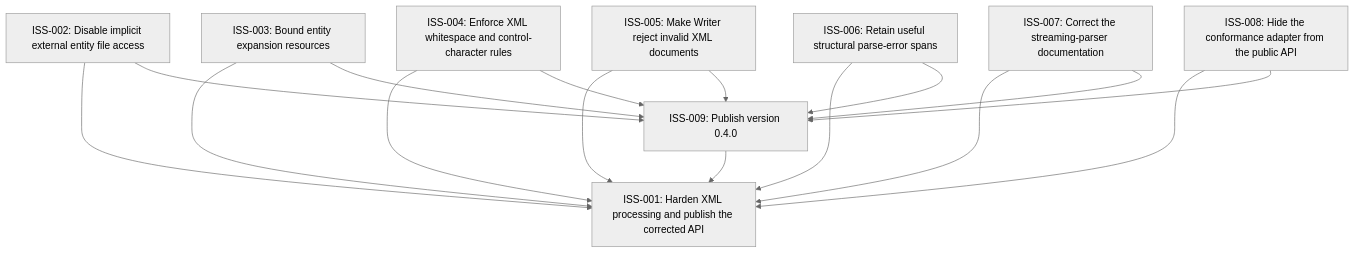
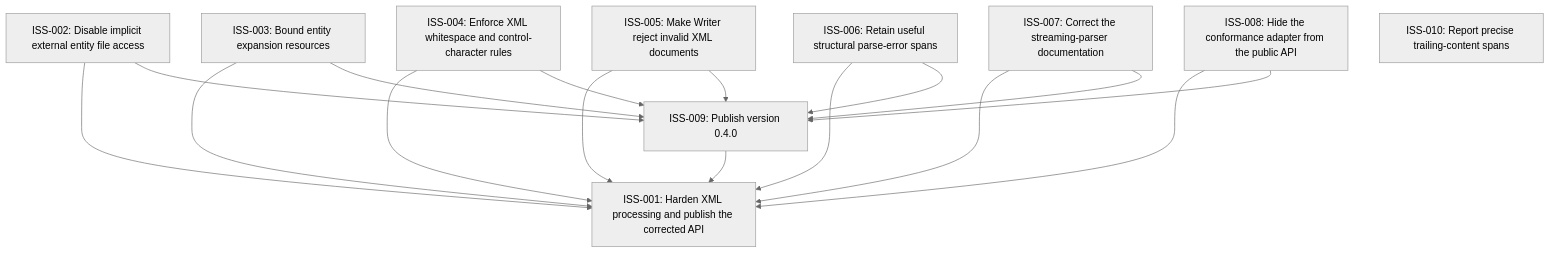
One commit to moonbit-community/xml-mbt changed the diagram in issues/README.md. Above: the diagram before and after it, drawn with Mermaid (neutral theme). The commit also changed 3 other files, not shown here.

Commit message:
fix: report precise trailing content spans

````diff
--- a/issues/README.md
+++ b/issues/README.md
@@ -15,27 +15,28 @@
 ```mermaid
 graph TD
   ISS_001["ISS-001: Harden XML processing and publish the corrected API"]
   ISS_002["ISS-002: Disable implicit external entity file access"]
   ISS_003["ISS-003: Bound entity expansion resources"]
   ISS_004["ISS-004: Enforce XML whitespace and control-character rules"]
   ISS_005["ISS-005: Make Writer reject invalid XML documents"]
   ISS_006["ISS-006: Retain useful structural parse-error spans"]
   ISS_007["ISS-007: Correct the streaming-parser documentation"]
   ISS_008["ISS-008: Hide the conformance adapter from the public API"]
   ISS_009["ISS-009: Publish version 0.4.0"]
+  ISS_010["ISS-010: Report precise trailing-content spans"]
   ISS_002 --> ISS_001
   ISS_003 --> ISS_001
   ISS_004 --> ISS_001
   ISS_005 --> ISS_001
   ISS_006 --> ISS_001
   ISS_007 --> ISS_001
   ISS_008 --> ISS_001
   ISS_009 --> ISS_001
   ISS_002 --> ISS_009
   ISS_003 --> ISS_009
   ISS_004 --> ISS_009
   ISS_005 --> ISS_009
   ISS_006 --> ISS_009
   ISS_007 --> ISS_009
   ISS_008 --> ISS_009
 ```
````
